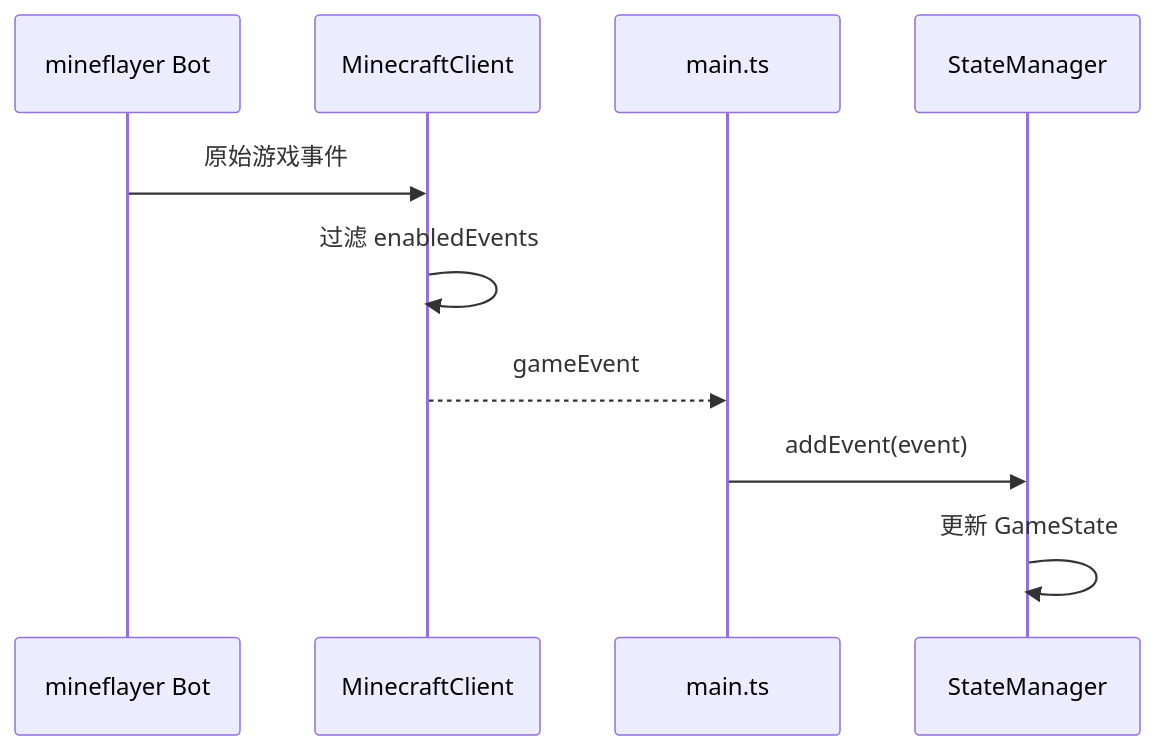
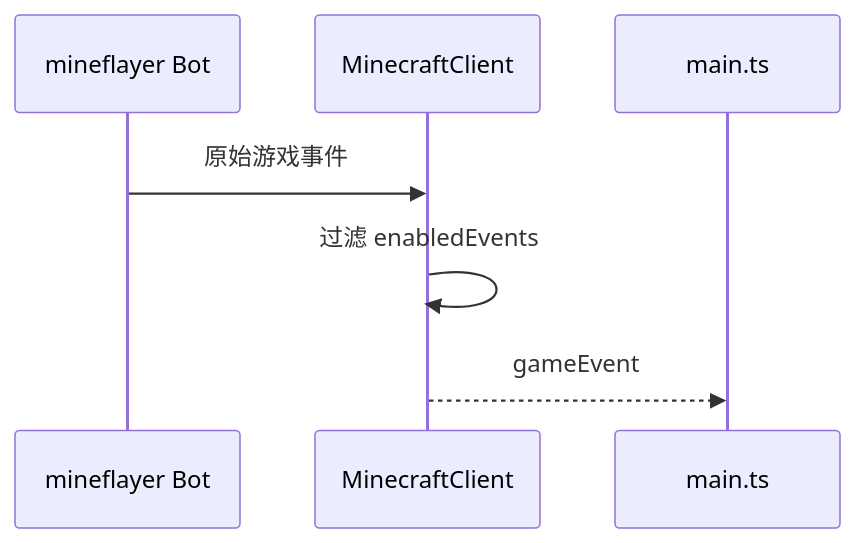
One commit to ChangingSelf/maicraft-mcp-server changed the fourth of 4 diagrams in README.md. Above: the diagram before and after it, drawn with Mermaid. The commit also changed other lines of this file and 11 other files, not shown here.

````diff
--- a/README.md
+++ b/README.md
@@ -113,13 +110,10 @@
 ```mermaid
 sequenceDiagram
   participant Bot as mineflayer Bot
   participant MC as MinecraftClient
   participant Main as main.ts
-  participant SM as StateManager
 
   Bot->>MC: 原始游戏事件
   MC->>MC: 过滤 enabledEvents
   MC-->>Main: gameEvent
-  Main->>SM: addEvent(event)
-  SM->>SM: 更新 GameState
 ```
````
